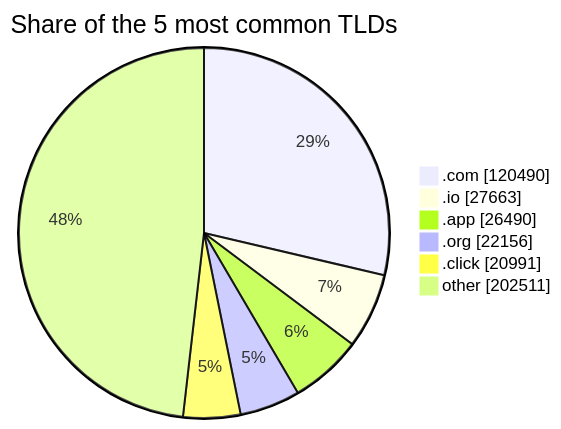
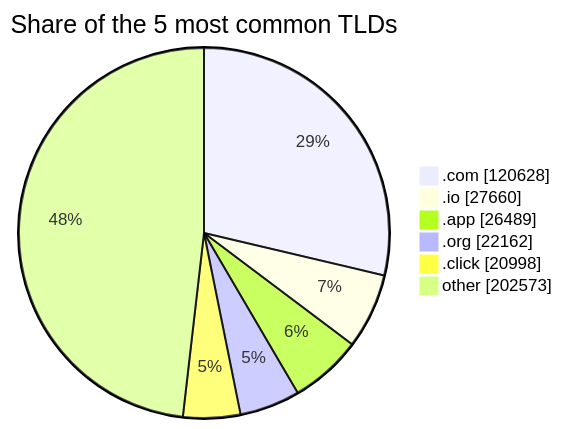
The third of 3 diagrams in README.md (DNSBunker/CTI), drawn with Mermaid before and after one commit. The commit also changed other lines of this file and 3 other files, not shown here.

````diff
--- a/README.md
+++ b/README.md
@@ -81,9 +81,9 @@
 ```mermaid
 pie showData title Share of the 5 most common TLDs
-    ".com" : 120490
-    ".io" : 27663
-    ".app" : 26490
-    ".org" : 22156
-    ".click" : 20991
-    "other" : 202511
+    ".com" : 120628
+    ".io" : 27660
+    ".app" : 26489
+    ".org" : 22162
+    ".click" : 20998
+    "other" : 202573
 ```
````
